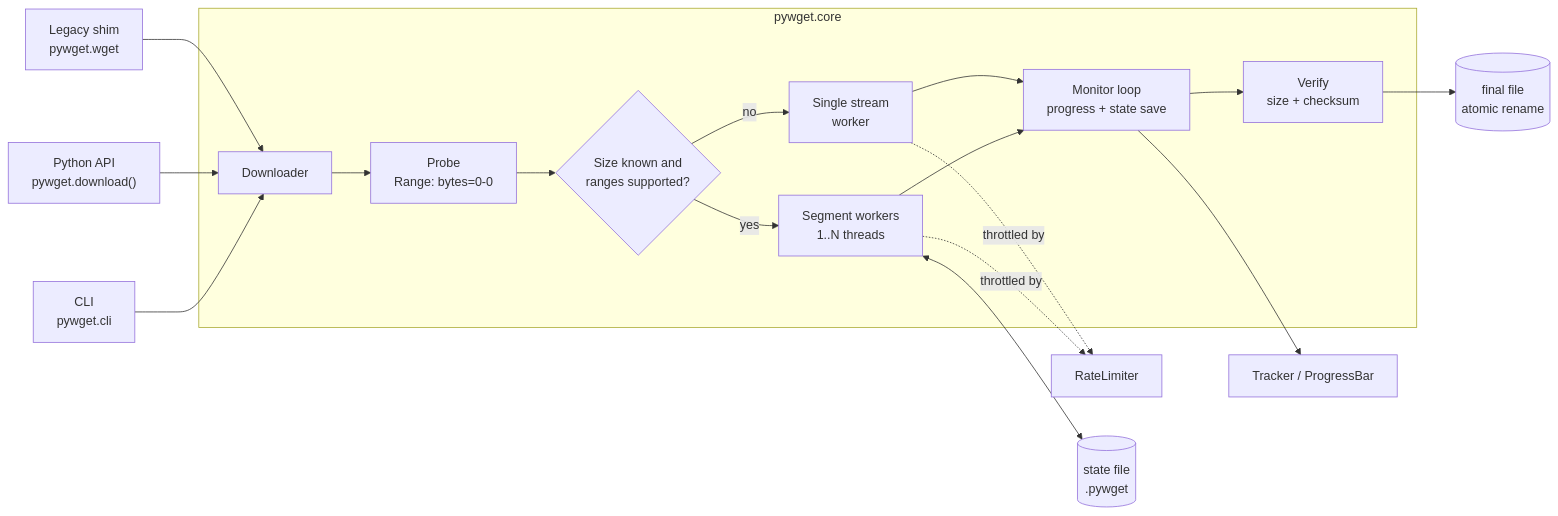
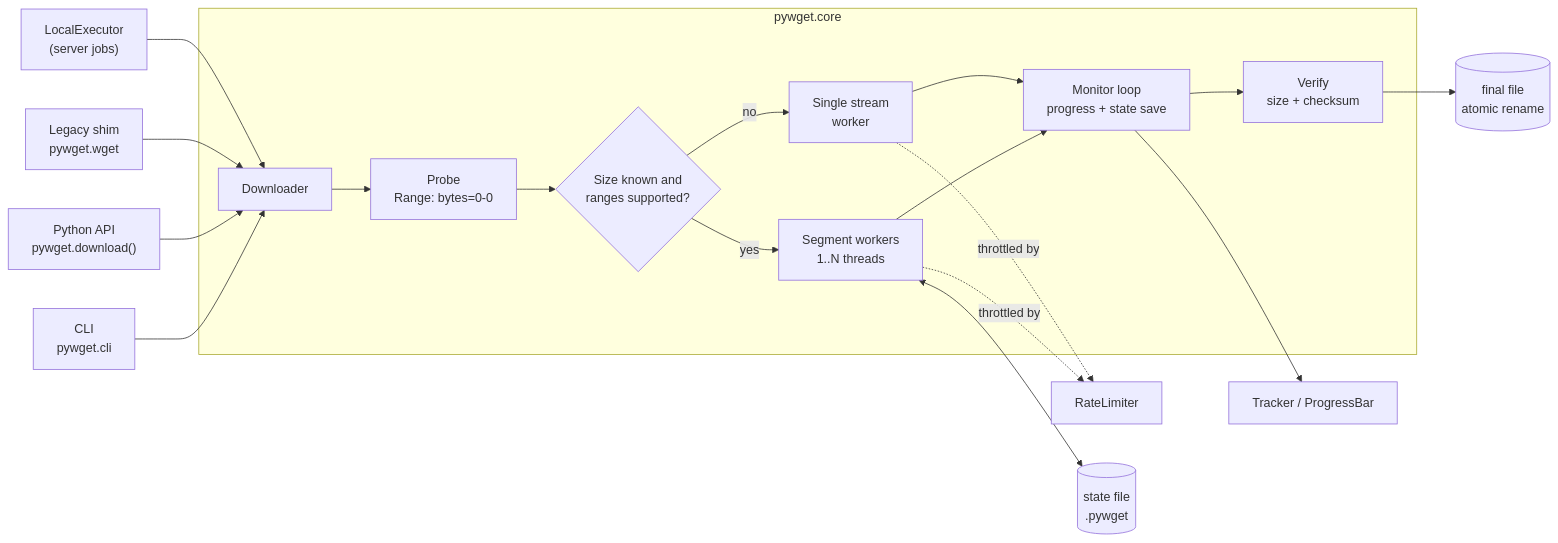
One commit to cumulus13/pywget changed the fourth of 9 diagrams in README.md. Above: the diagram before and after it, drawn with Mermaid. The commit also changed other lines of this file and 19 other files, not shown here.

````diff
--- a/README.md
+++ b/README.md
@@ -138,22 +308,23 @@
 ```mermaid
 flowchart LR
     CLI["CLI<br/>pywget.cli"] --> DL
     API["Python API<br/>pywget.download()"] --> DL
     LEG["Legacy shim<br/>pywget.wget"] --> DL
+    JOB["LocalExecutor<br/>(server jobs)"] --> DL
 
     subgraph Engine["pywget.core"]
         DL["Downloader"] --> PROBE["Probe<br/>Range: bytes=0-0"]
         PROBE --> PLAN{"Size known and<br/>ranges supported?"}
         PLAN -- yes --> SEG["Segment workers<br/>1..N threads"]
         PLAN -- no --> STR["Single stream<br/>worker"]
         SEG --> MON["Monitor loop<br/>progress + state save"]
         STR --> MON
         MON --> VER["Verify<br/>size + checksum"]
     end
 
     SEG -. throttled by .-> RL["RateLimiter"]
     STR -. throttled by .-> RL
     MON --> TR["Tracker / ProgressBar"]
     SEG <--> ST[("state file<br/>.pywget")]
     VER --> OUT[("final file<br/>atomic rename")]
 ```
````
